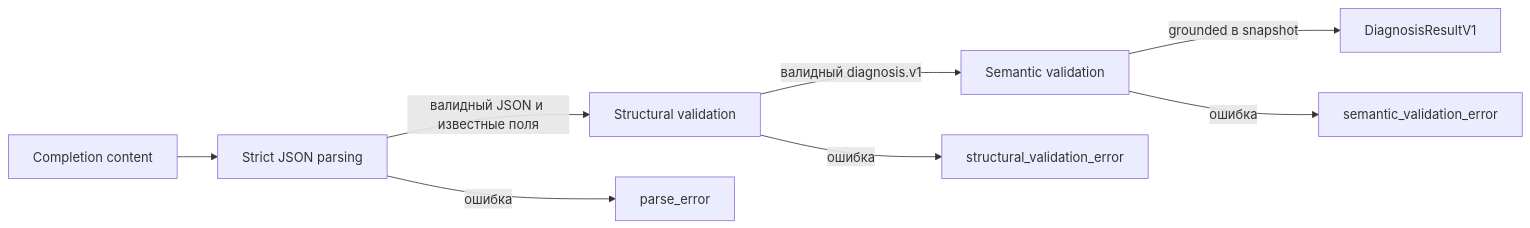
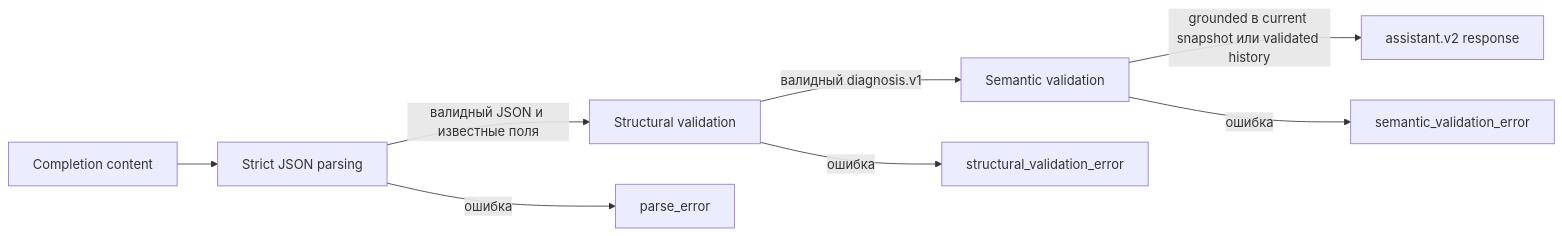
One commit to eugesmt/os-resource-monitor-ai changed the fifth of 7 diagrams in README.md. Above: the diagram before and after it, drawn with Mermaid. The commit also changed other lines of this file and 34 other files, not shown here.

````diff
--- a/README.md
+++ b/README.md
@@ -327,10 +379,10 @@
 ```mermaid
 flowchart LR
     R["Completion content"] --> J["Strict JSON parsing"]
     J -->|"валидный JSON и известные поля"| S["Structural validation"]
     S -->|"валидный diagnosis.v1"| M["Semantic validation"]
-    M -->|"grounded в snapshot"| D["DiagnosisResultV1"]
+    M -->|"grounded в current snapshot или validated history"| D["assistant.v2 response"]
     J -->|"ошибка"| E1["parse_error"]
     S -->|"ошибка"| E2["structural_validation_error"]
     M -->|"ошибка"| E3["semantic_validation_error"]
 ```
````
